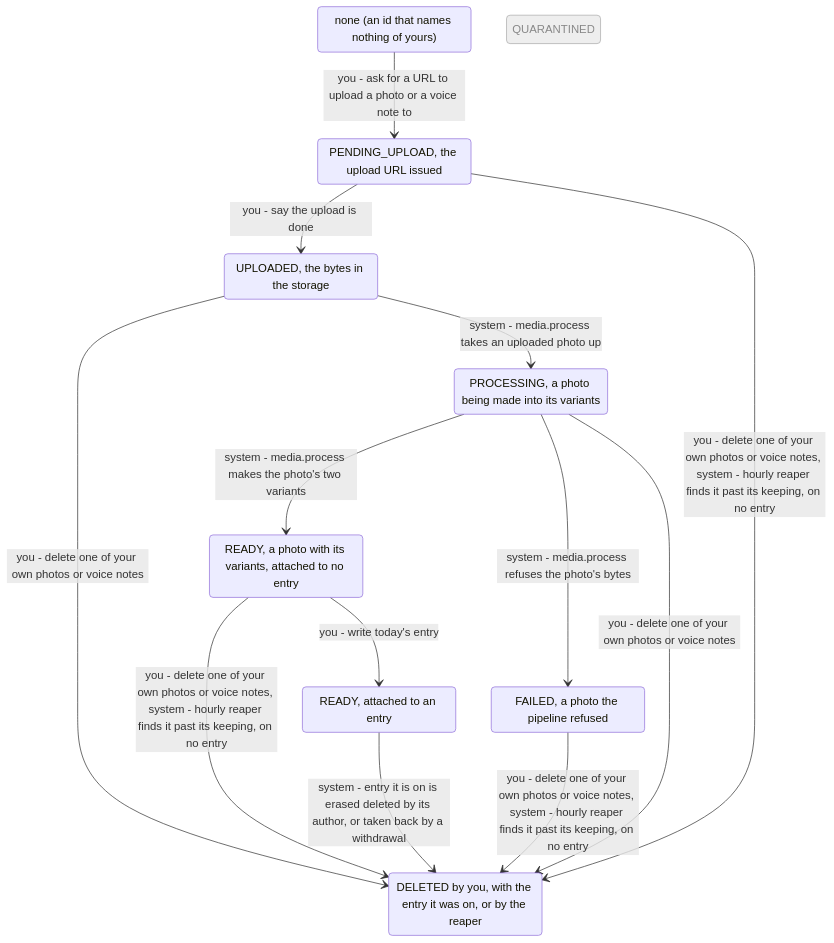
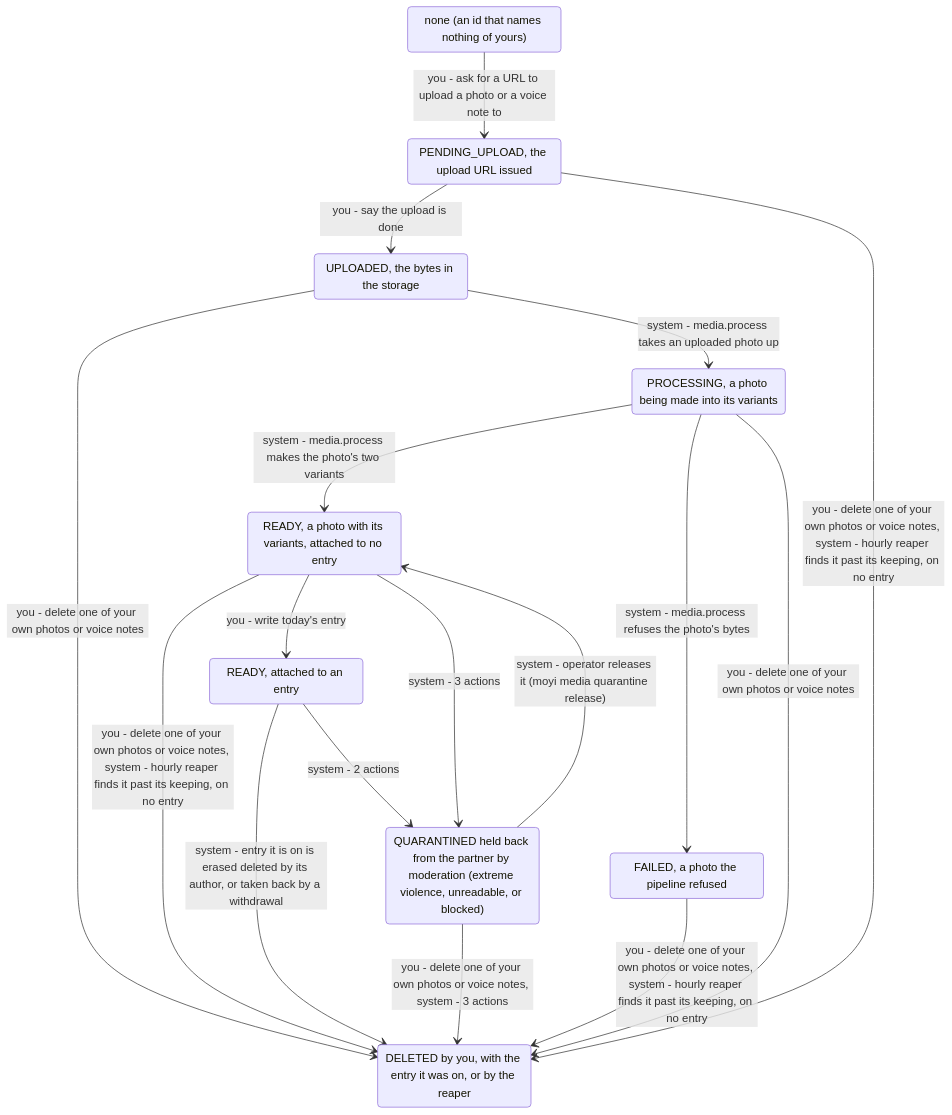
The diagram in docs/state-map/media.md (Ayodeji97/moyi-backend), drawn with Mermaid before and after one commit. The commit also changed other lines of this file and 62 other files, not shown here.

First line of the commit message:
feat(media)!: photos and voice notes moderated; quarantine and the takedown (D4) (#113)

````diff
--- a/docs/state-map/media.md
+++ b/docs/state-map/media.md
@@ -13,26 +13,28 @@
 ```mermaid
 stateDiagram-v2
     state "none (an id that names nothing of yours)" as media__NONE
     state "PENDING_UPLOAD, the upload URL issued" as media__PENDING_UPLOAD
     state "UPLOADED, the bytes in the storage" as media__UPLOADED
     state "PROCESSING, a photo being made into its variants" as media__PROCESSING
     state "READY, a photo with its variants, attached to no entry" as media__READY
     state "READY, attached to an entry" as media__READY_ATTACHED
-    state "QUARANTINED" as media__QUARANTINED
+    state "QUARANTINED held back from the partner by moderation (extreme violence, unreadable, or blocked)" as media__QUARANTINED
     state "FAILED, a photo the pipeline refused" as media__FAILED
     state "DELETED by you, with the entry it was on, or by the reaper" as media__DELETED
     media__NONE --> media__PENDING_UPLOAD: you - ask for a URL to upload a photo or a voice note to
     media__PENDING_UPLOAD --> media__UPLOADED: you - say the upload is done
     media__PENDING_UPLOAD --> media__DELETED: you - delete one of your own photos or voice notes, system - hourly reaper finds it past its keeping, on no entry
     media__UPLOADED --> media__DELETED: you - delete one of your own photos or voice notes
     media__UPLOADED --> media__PROCESSING: system - media.process takes an uploaded photo up
     media__PROCESSING --> media__READY: system - media.process makes the photo's two variants
     media__PROCESSING --> media__FAILED: system - media.process refuses the photo's bytes
     media__PROCESSING --> media__DELETED: you - delete one of your own photos or voice notes
     media__READY --> media__DELETED: you - delete one of your own photos or voice notes, system - hourly reaper finds it past its keeping, on no entry
     media__FAILED --> media__DELETED: you - delete one of your own photos or voice notes, system - hourly reaper finds it past its keeping, on no entry
     media__READY --> media__READY_ATTACHED: you - write today's entry
     media__READY_ATTACHED --> media__DELETED: system - entry it is on is erased deleted by its author, or taken back by a withdrawal
-    classDef unbuilt fill:#eeeeee,stroke:#aaaaaa,color:#888888
-    class media__QUARANTINED unbuilt
+    media__READY --> media__QUARANTINED: system - 3 actions
+    media__QUARANTINED --> media__DELETED: you - delete one of your own photos or voice notes, system - 3 actions
+    media__QUARANTINED --> media__READY: system - operator releases it (moyi media quarantine release)
+    media__READY_ATTACHED --> media__QUARANTINED: system - 2 actions
 ```
````
